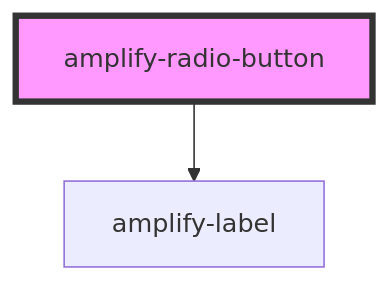
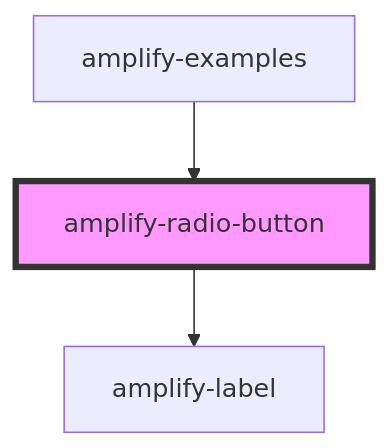
One commit to aws-amplify/amplify-js changed the diagram in packages/amplify-ui-components/src/components/amplify-radio-button/readme.md. Above: the diagram before and after it, drawn with Mermaid. The commit also changed other lines of this file and 15 other files, not shown here.

````diff
--- a/packages/amplify-ui-components/src/components/amplify-radio-button/readme.md
+++ b/packages/amplify-ui-components/src/components/amplify-radio-button/readme.md
@@ -28,5 +32,6 @@
 ```mermaid
 graph TD;
   amplify-radio-button --> amplify-label
+  amplify-examples --> amplify-radio-button
   style amplify-radio-button fill:#f9f,stroke:#333,stroke-width:4px
 ```
````
